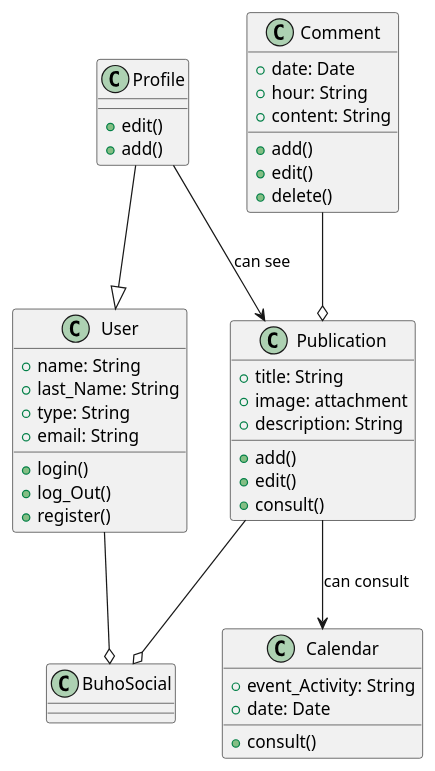
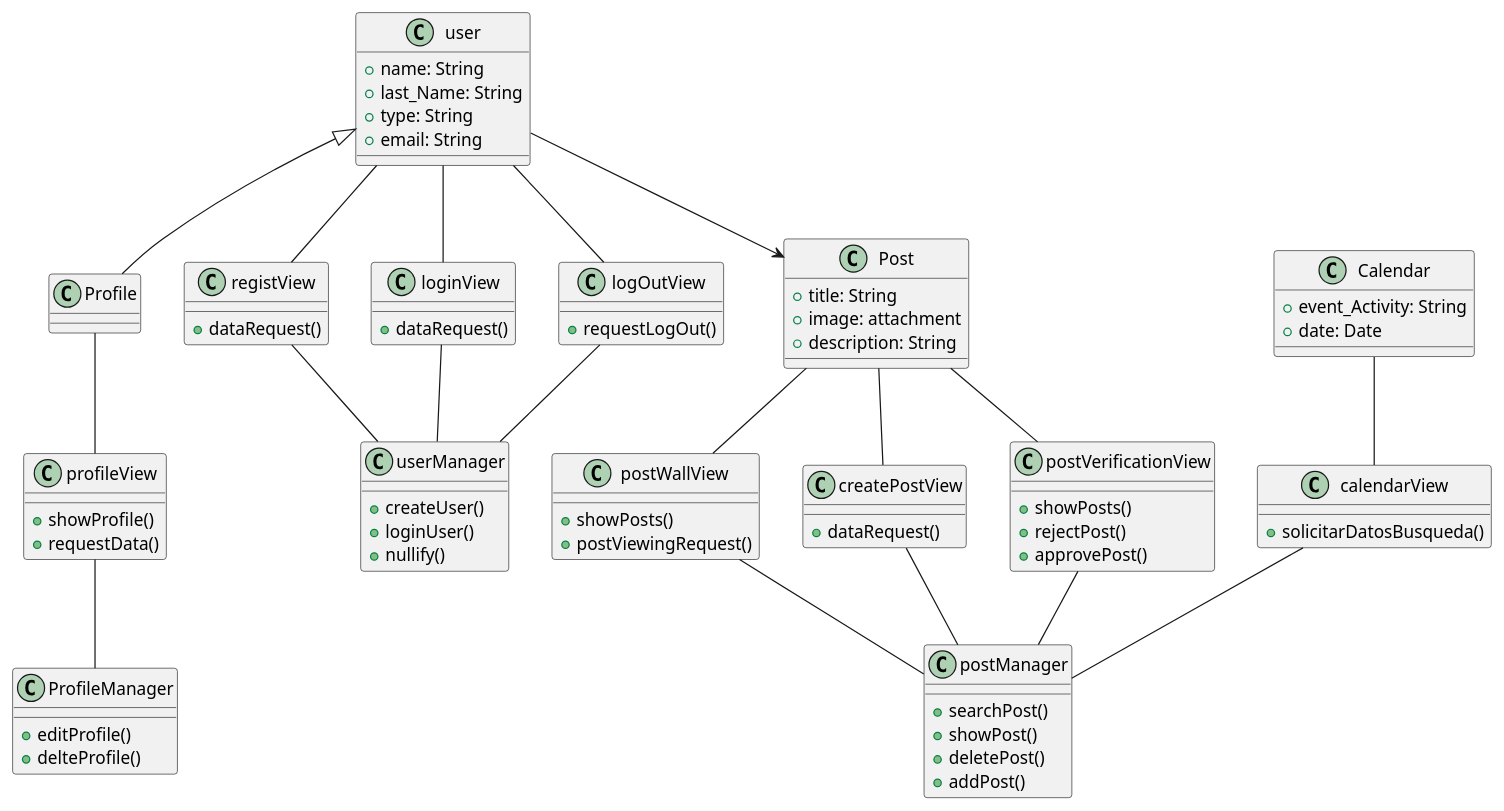
The diagram in docs/scenariosView/classDiagram.plantuml (Dayannis-07/ING_SOFT), drawn with PlantUML before and after one commit.

Commit message:
Create analysis class Diagram

```diff
--- a/docs/scenariosView/classDiagram.plantuml
+++ b/docs/scenariosView/classDiagram.plantuml
@@ -1,51 +1,82 @@
-@startuml classDiagram
-
-class BuhoSocial{}
-
-class User{
-    +name: String
+@startuml
+class user{
+ +name: String
     +last_Name: String
     +type: String
     +email: String
-    +login()
-    +log_Out()
-    +register()
 }
-
-class Publication{
-    +title: String
+class Post{
+ +title: String
     +image: attachment
     +description: String
-    +add()
-    +edit()
-    +consult()
 }
+class Profile{}
+class profileView{
++showProfile()
++requestData()
+}
+class ProfileManager{
++editProfile()
++delteProfile()
 
-class Profile{
-    +edit()
-    +add()
 }
-
-class Comment{
-    +date: Date
-    +hour: String
-    +content: String
-    +add()
-    +edit()
-    +delete()
-}
-
 class Calendar{
     +event_Activity: String
     +date: Date
-    +consult()
+}
+class registView{
+   +dataRequest()
+}
+class userManager{
+     +createUser()
+     +loginUser()
+     +nullify()
+}
+class loginView{
++dataRequest()
+}
+class postWallView{
+  +showPosts()
+  +postViewingRequest()
+}
+class createPostView{
+ +dataRequest()
+}
+class postManager{
++searchPost()
++showPost()
++deletePost()
++addPost()
+}
+class postVerificationView{
++showPosts()
++rejectPost()
++approvePost()
+}
+class calendarView{
++solicitarDatosBusqueda()
 }
 
-Publication --o BuhoSocial
-User --o BuhoSocial
-Profile --|> User
-Profile --> Publication: can see
-Comment --o Publication
-Publication --> Calendar: can consult
+class logOutView{
++requestLogOut()
+}
 
+user <|--Profile
+user-- registView
+user-- logOutView
+logOutView-- userManager
+registView-- userManager
+user-- loginView
+loginView-- userManager
+Profile--profileView
+profileView--ProfileManager
+Post--postWallView
+Post-- postVerificationView
+Post-- createPostView
+Calendar--calendarView
+postWallView--postManager
+createPostView--postManager
+postVerificationView--postManager
+calendarView--postManager
+user-->Post 
 @enduml
```
